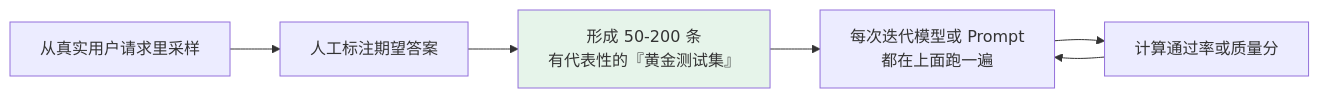
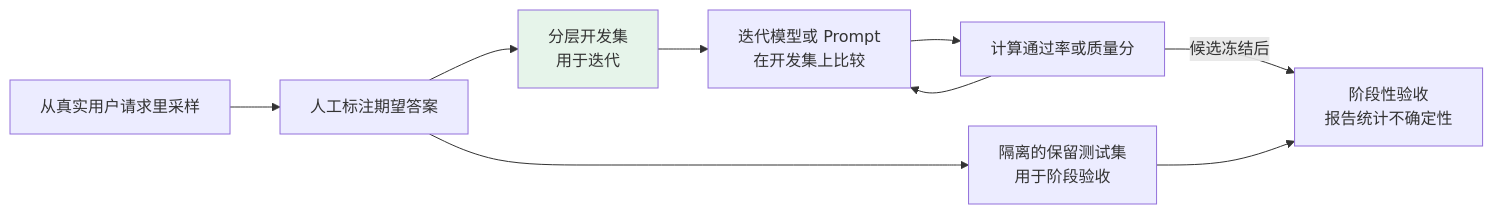
One commit to oneleaveknowsthefall/awesome-ai-roadmap changed the second of 2 diagrams in docs/llm/05-evaluation-selection/21-evaluation-metrics.md. Above: the diagram before and after it, drawn with Mermaid. The commit also changed other lines of this file and 45 other files, not shown here.

````diff
--- a/docs/llm/05-evaluation-selection/21-evaluation-metrics.md
+++ b/docs/llm/05-evaluation-selection/21-evaluation-metrics.md
@@ -64,10 +92,13 @@
 ```mermaid
 flowchart LR
     A["从真实用户请求里采样"] --> B["人工标注期望答案"]
-    B --> C["形成 50-200 条<br/>有代表性的『黄金测试集』"]
-    C --> D["每次迭代模型或 Prompt<br/>都在上面跑一遍"]
+    B --> C["分层开发集<br/>用于迭代"]
+    B --> H["隔离的保留测试集<br/>用于阶段验收"]
+    C --> D["迭代模型或 Prompt<br/>在开发集上比较"]
     D --> E["计算通过率或质量分"]
     E --> D
+    E -->|候选冻结后| F["阶段性验收<br/>报告统计不确定性"]
+    H --> F
 
     style C fill:#e6f4ea
 ```
````
